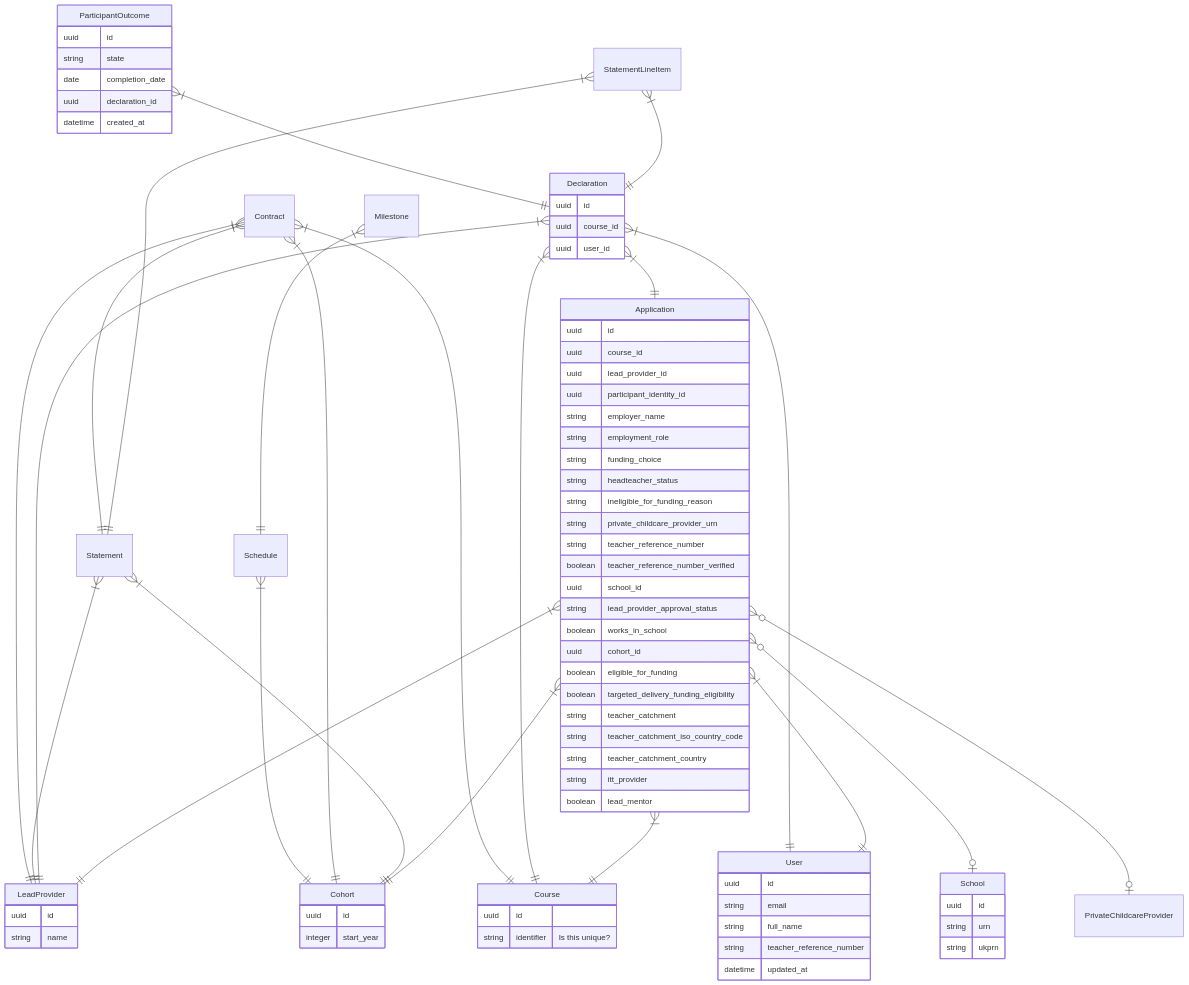
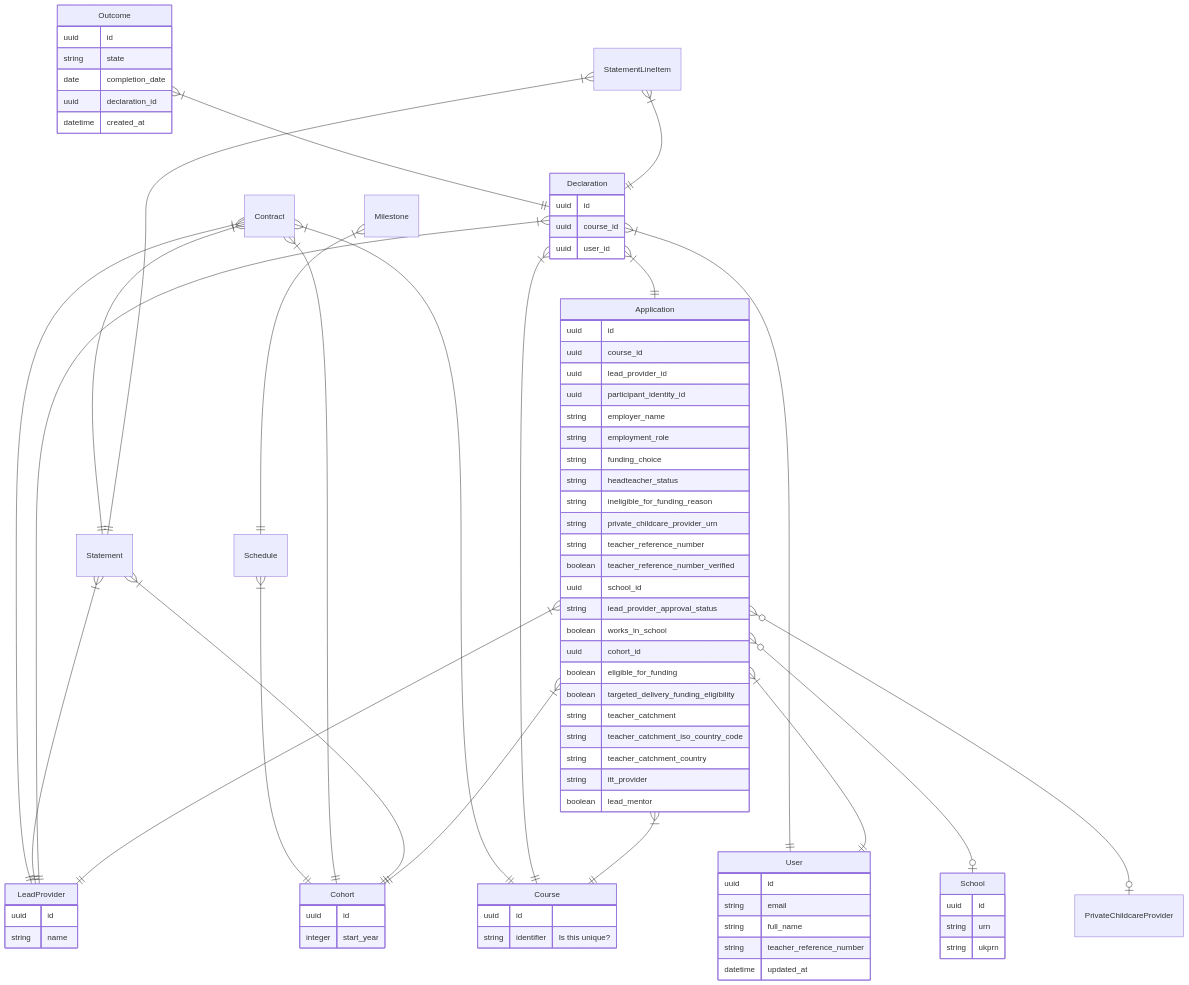
One commit to DFE-Digital/npq-separation changed the diagram in data-modelling.md. Above: the diagram before and after it, drawn with Mermaid. The commit also changed other lines of this file, not shown here.

```diff
--- a/data-modelling.md
+++ b/data-modelling.md
@@ -48,7 +48,7 @@
     
     Milestone }|--|| Schedule : ""
 
-    ParticipantOutcome }|--|| Declaration : ""
+    Outcome }|--|| Declaration : ""
 
     User {
         uuid id
@@ -99,7 +99,7 @@
         integer start_year
     }
 
-    ParticipantOutcome {
+    Outcome {
         uuid id
         string state
         date completion_date
```
